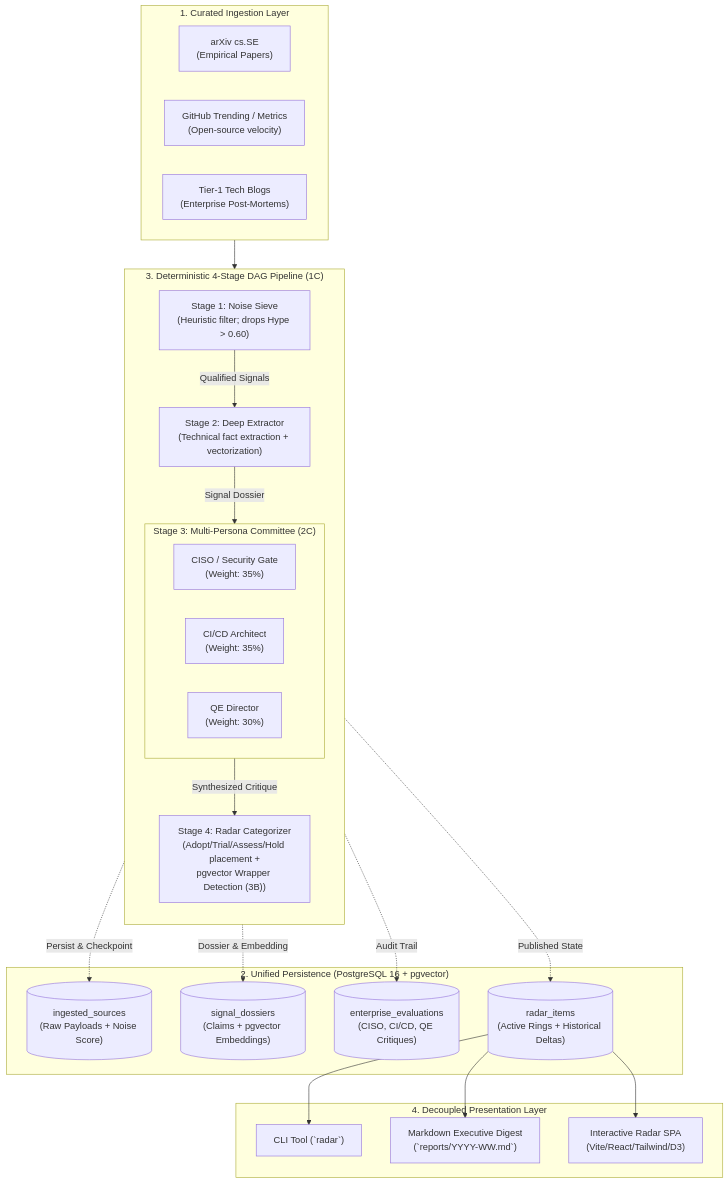
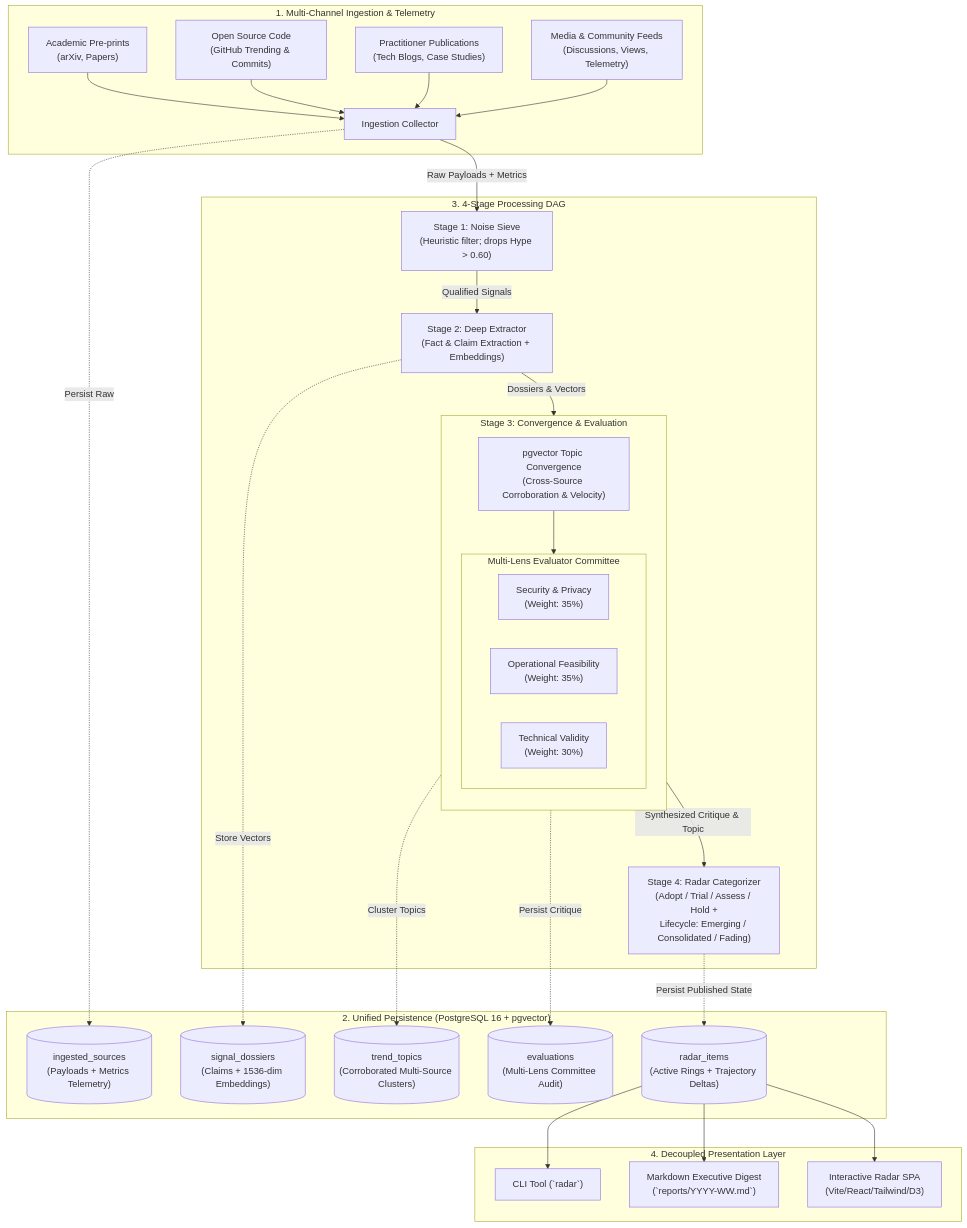
Before and after one commit to cdr74/trend_research: the second of 2 diagrams in docs/adr/0000-overall-system-architecture.md, drawn with Mermaid. The commit also changed other lines of this file and 19 other files, not shown here.

Commit message:
feat(architecture): generalize trend platform, add topic convergence and engagement velocity (Ref: ADR-0000, Backlog M1)

````diff
--- a/docs/adr/0000-overall-system-architecture.md
+++ b/docs/adr/0000-overall-system-architecture.md
@@ -143,50 +108,55 @@
 ```mermaid
 flowchart TD
-    subgraph Sources ["1. Curated Ingestion Layer"]
-        S_ARXIV["arXiv cs.SE\n(Empirical Papers)"]
-        S_GH["GitHub Trending / Metrics\n(Open-source velocity)"]
-        S_BLOG["Tier-1 Tech Blogs\n(Enterprise Post-Mortems)"]
+    subgraph Ingestion ["1. Multi-Channel Ingestion & Telemetry"]
+        I1["Academic Pre-prints\n(arXiv, Papers)"] --> ING["Ingestion Collector"]
+        I2["Open Source Code\n(GitHub Trending & Commits)"] --> ING
+        I3["Practitioner Publications\n(Tech Blogs, Case Studies)"] --> ING
+        I4["Media & Community Feeds\n(Discussions, Views, Telemetry)"] --> ING
     end
 
-    subgraph DB ["2. Unified Persistence (PostgreSQL 16 + pgvector)"]
-        T_RAW[("ingested_sources\n(Raw Payloads + Noise Score)")]
-        T_DOS[("signal_dossiers\n(Claims + pgvector Embeddings)")]
-        T_EVAL[("enterprise_evaluations\n(CISO, CI/CD, QE Critiques)")]
-        T_RADAR[("radar_items\n(Active Rings + Historical Deltas)")]
+    subgraph Storage ["2. Unified Persistence (PostgreSQL 16 + pgvector)"]
+        DB_RAW[("ingested_sources\n(Payloads + Metrics Telemetry)")]
+        DB_DOS[("signal_dossiers\n(Claims + 1536-dim Embeddings)")]
+        DB_TOP[("trend_topics\n(Corroborated Multi-Source Clusters)")]
+        DB_EVAL[("evaluations\n(Multi-Lens Committee Audit)")]
+        DB_RADAR[("radar_items\n(Active Rings + Trajectory Deltas)")]
     end
 
-    subgraph DAG ["3. Deterministic 4-Stage DAG Pipeline (1C)"]
-        direction TB
-        ST1["Stage 1: Noise Sieve\n(Heuristic filter; drops Hype > 0.60)"]
-        ST2["Stage 2: Deep Extractor\n(Technical fact extraction + vectorization)"]
+    subgraph Pipeline ["3. 4-Stage Processing DAG"]
+        ING -->|"Raw Payloads + Metrics"| ST1["Stage 1: Noise Sieve\n(Heuristic filter; drops Hype > 0.60)"]
+        ST1 -->|"Qualified Signals"| ST2["Stage 2: Deep Extractor\n(Fact & Claim Extraction + Embeddings)"]
         
-        subgraph Stage3 ["Stage 3: Multi-Persona Committee (2C)"]
-            direction LR
-            P_SEC["CISO / Security Gate\n(Weight: 35%)"]
-            P_CICD["CI/CD Architect\n(Weight: 35%)"]
-            P_QE["QE Director\n(Weight: 30%)"]
+        subgraph Stage3 ["Stage 3: Convergence & Evaluation"]
+            direction TB
+            CORR["pgvector Topic Convergence\n(Cross-Source Corroboration & Velocity)"]
+            
+            subgraph Committee ["Multi-Lens Evaluator Committee"]
+                direction LR
+                L_SEC["Security & Privacy\n(Weight: 35%)"]
+                L_OPS["Operational Feasibility\n(Weight: 35%)"]
+                L_VAL["Technical Validity\n(Weight: 30%)"]
+            end
+            
+            CORR --> Committee
         end
 
-        ST4["Stage 4: Radar Categorizer\n(Adopt/Trial/Assess/Hold placement +\npgvector Wrapper Detection (3B))"]
-
-        ST1 -->|"Qualified Signals"| ST2
-        ST2 -->|"Signal Dossier"| Stage3
-        Stage3 -->|"Synthesized Critique"| ST4
+        ST2 -->|"Dossiers & Vectors"| Stage3
+        Stage3 -->|"Synthesized Critique & Topic"| ST4["Stage 4: Radar Categorizer\n(Adopt / Trial / Assess / Hold +\nLifecycle: Emerging / Consolidated / Fading)"]
     end
 
-    Sources --> ST1
-    ST1 -.->|"Persist & Checkpoint"| T_RAW
-    ST2 -.->|"Dossier & Embedding"| T_DOS
-    Stage3 -.->|"Audit Trail"| T_EVAL
-    ST4 -.->|"Published State"| T_RADAR
+    ING -.->|"Persist Raw"| DB_RAW
+    ST2 -.->|"Store Vectors"| DB_DOS
+    CORR -.->|"Cluster Topics"| DB_TOP
+    Committee -.->|"Persist Critique"| DB_EVAL
+    ST4 -.->|"Persist Published State"| DB_RADAR
 
     subgraph Presentation ["4. Decoupled Presentation Layer"]
         CLI["CLI Tool (`radar`)"]
         DIGEST["Markdown Executive Digest\n(`reports/YYYY-WW.md`)"]
         WEB["Interactive Radar SPA\n(Vite/React/Tailwind/D3)"]
     end
 
-    T_RADAR --> CLI
-    T_RADAR --> DIGEST
-    T_RADAR --> WEB
+    DB_RADAR --> CLI
+    DB_RADAR --> DIGEST
+    DB_RADAR --> WEB
 ```
````
